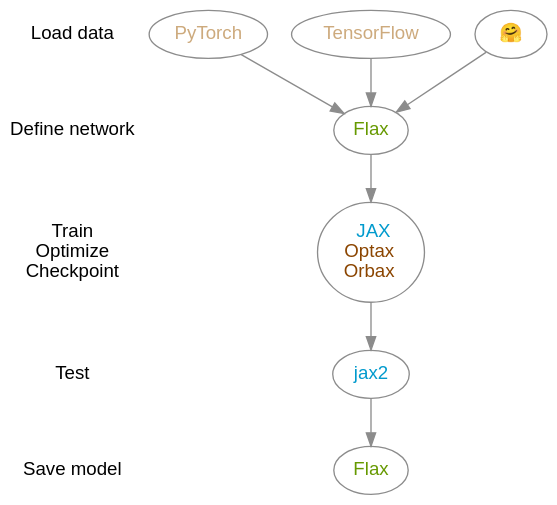
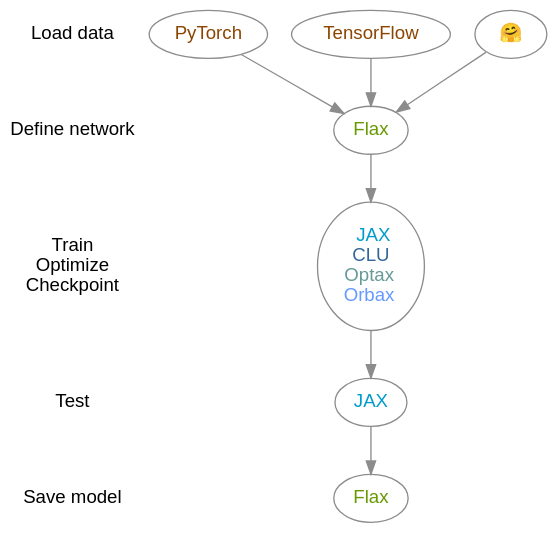
One commit to WestDRI/arc-training changed the second of 2 diagrams in ai/jx/fl_jaxdl.qmd. Above: the diagram before and after it, drawn with Graphviz. The commit also changed other lines of this file, not shown here.

Commit message:
improvements jaxdl

````diff
--- a/ai/jx/fl_jaxdl.qmd
+++ b/ai/jx/fl_jaxdl.qmd
@@ -66,38 +66,38 @@
 ```{dot}
 //| echo: false
 //| fig-width: 600px
 
 digraph {
   
 bgcolor="transparent"
 node [fontname="Inconsolata, sans-serif", color=gray55]
 edge [color=gray55]
 
 load [label="Load data", shape=plaintext, group=g1]
 nn [label="Define network", shape=plaintext, group=g1]
 train [label="Train\nOptimize\nCheckpoint", shape=plaintext, group=g1]
 test [label="Test", shape=plaintext, group=g1]
 save [label="Save model", shape=plaintext, group=g1]
 
-PyTorch [fontcolor=burlywood3]
-TensorFlow [group=g2, fontcolor=burlywood3]
+PyTorch [fontcolor=darkorange4]
+TensorFlow [group=g2, fontcolor=darkorange4]
 🤗 [fontcolor=burlywood3]
 flax1 [label=Flax, group=g2, fontcolor="#669900"]
 flax2 [label=Flax, fontcolor="#669900"]
 
 {rank=same; load PyTorch TensorFlow 🤗}
 load -> PyTorch -> TensorFlow -> 🤗 [style=invis]
 
 {rank=same; nn flax1}
 nn -> flax1 [style=invis]
 
-jax1 [label=<<FONT COLOR="deepskyblue3">JAX</FONT><BR/><FONT COLOR="darkorange4">Optax</FONT><BR/><FONT COLOR="darkorange4">Orbax</FONT>>]
+jax1 [label=<<FONT COLOR="deepskyblue3">JAX</FONT><BR/><FONT COLOR="#336699">CLU</FONT><BR/><FONT COLOR="#669999">Optax</FONT><BR/><FONT COLOR="#6699ff">Orbax</FONT>>]
 
-jax2 [labe="JAX", fontcolor=deepskyblue3]
+jax2 [label="JAX", fontcolor=deepskyblue3]
 
 {PyTorch TensorFlow 🤗} -> flax1 -> jax1 -> jax2 -> flax2
 
 load -> nn -> train -> test -> save [style=invis]
 
 }
 ```
````
